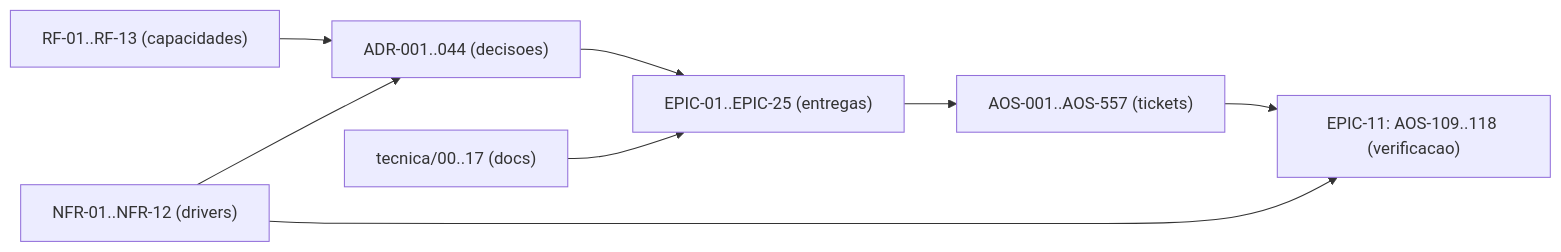
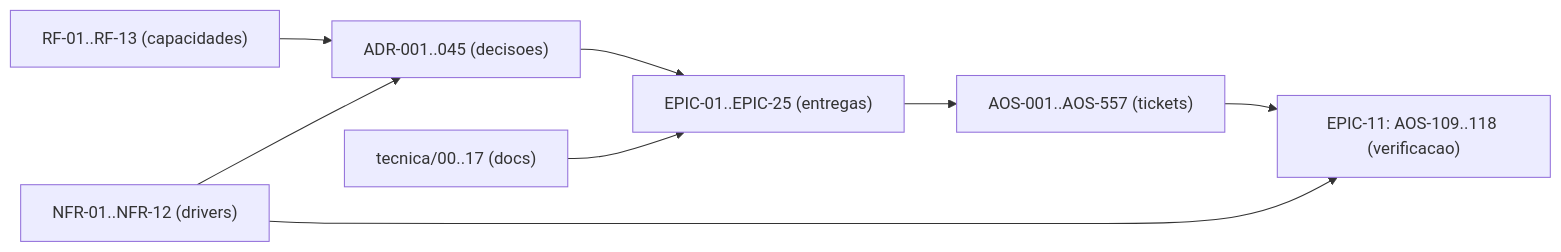
Before and after one commit to albinoJimy/aos: the diagram in tecnica/16_Rastreabilidade_RTM.md, drawn with Mermaid. The commit also changed other lines of this file and 21 other files, not shown here.

````diff
--- a/tecnica/16_Rastreabilidade_RTM.md
+++ b/tecnica/16_Rastreabilidade_RTM.md
@@ -214,10 +215,10 @@
 ```mermaid
 flowchart LR
-    RF["RF-01..RF-13 (capacidades)"] --> ADR["ADR-001..044 (decisoes)"]
+    RF["RF-01..RF-13 (capacidades)"] --> ADR["ADR-001..045 (decisoes)"]
     NFR["NFR-01..NFR-12 (drivers)"] --> ADR
     ADR --> EPIC["EPIC-01..EPIC-25 (entregas)"]
     EPIC --> TICK["AOS-001..AOS-557 (tickets)"]
     DOC["tecnica/00..17 (docs)"] --> EPIC
     TICK --> TEST["EPIC-11: AOS-109..118 (verificacao)"]
     NFR --> TEST
 ```
````
